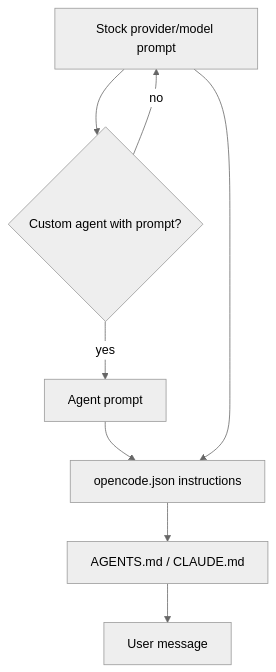
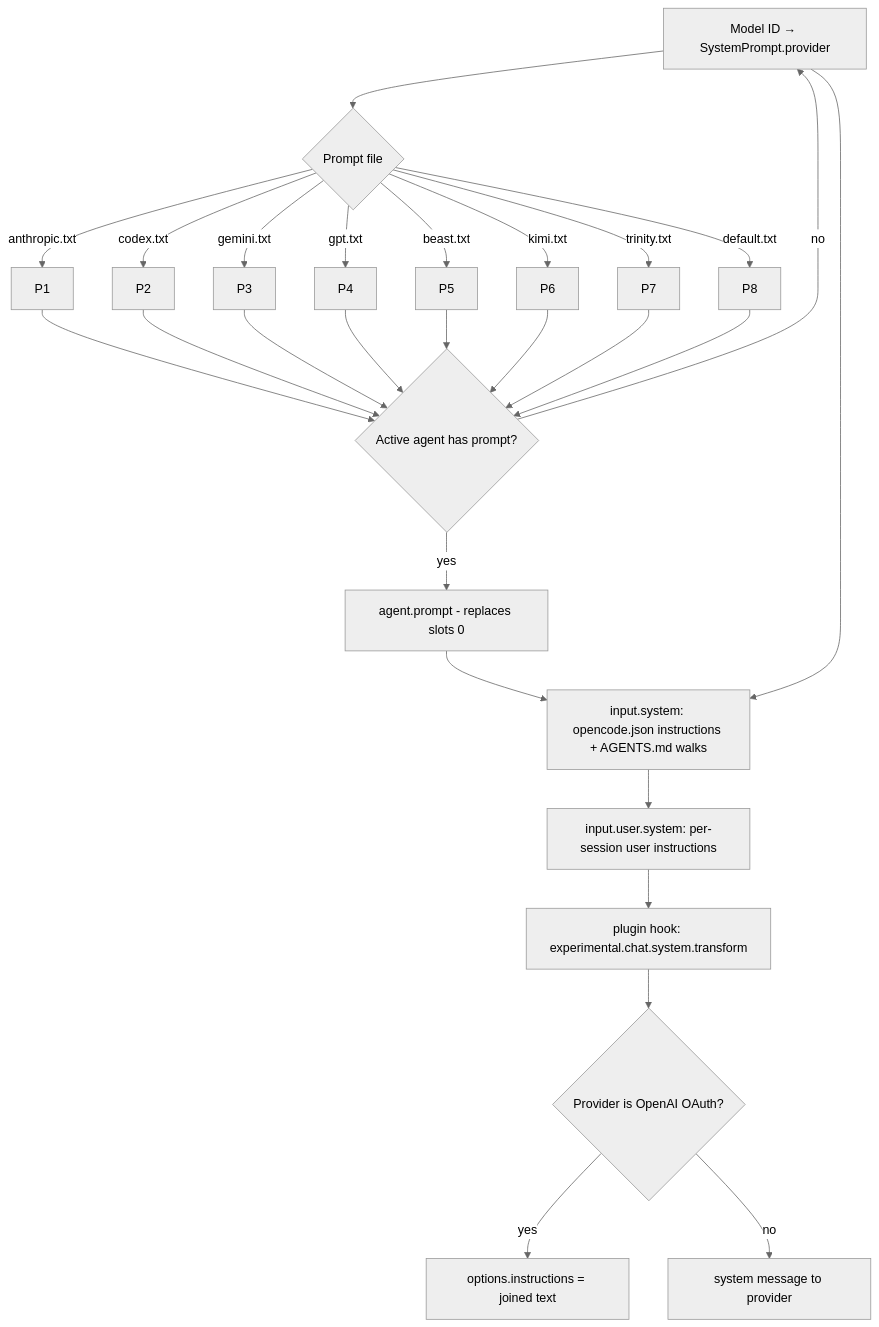
Before and after one commit to yankeeinlondon/rusty-biscuit: the diagram in claudine/docs/research/system-prompt/opencode.md, drawn with Mermaid (neutral theme). The commit also changed other lines of this file and 9 other files, not shown here.

First line of the commit message:
docs(claudine): expand system-prompt fleet with kilo, kimi providers

````diff
--- a/claudine/docs/research/system-prompt/opencode.md
+++ b/claudine/docs/research/system-prompt/opencode.md
@@ -252,10 +562,22 @@
 ```mermaid
 graph TD
-    A[Stock provider/model prompt] --> B{Custom agent with prompt?}
-    B -- yes --> C[Agent prompt]
-    B -- no --> A
-    C --> D[opencode.json instructions]
-    A --> D
-    D --> E[AGENTS.md / CLAUDE.md]
-    E --> F[User message]
+    A[Model ID → SystemPrompt.provider] --> B{Prompt file}
+    B -- anthropic.txt --> P1
+    B -- codex.txt --> P2
+    B -- gemini.txt --> P3
+    B -- gpt.txt --> P4
+    B -- beast.txt --> P5
+    B -- kimi.txt --> P6
+    B -- trinity.txt --> P7
+    B -- default.txt --> P8
+    P1 & P2 & P3 & P4 & P5 & P6 & P7 & P8 --> C{Active agent has prompt?}
+    C -- yes --> D[agent.prompt - replaces slots 0]
+    C -- no --> A
+    D --> E[input.system: opencode.json instructions + AGENTS.md walks]
+    A --> E
+    E --> F[input.user.system: per-session user instructions]
+    F --> G[plugin hook: experimental.chat.system.transform]
+    G --> H{Provider is OpenAI OAuth?}
+    H -- yes --> I[options.instructions = joined text]
+    H -- no --> J[system message to provider]
 ```
````
